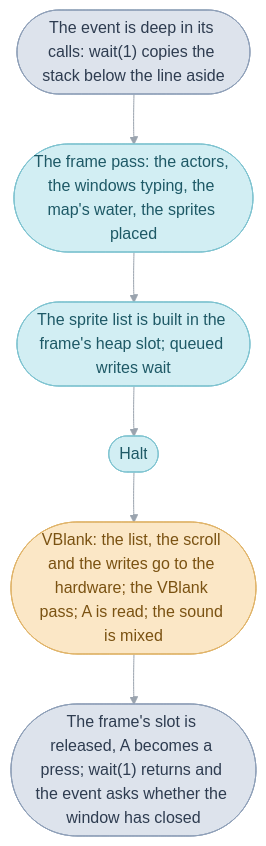
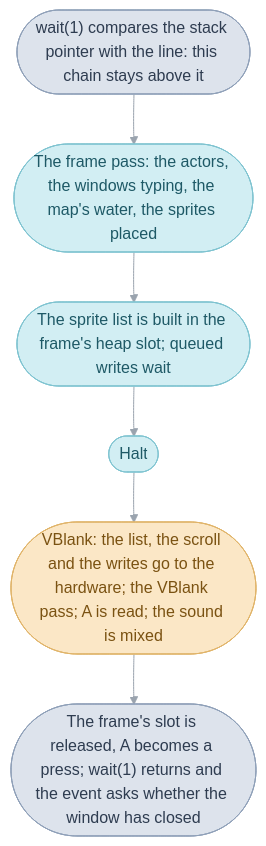
One commit to PascalPixel/alchemy changed the sixth of 6 diagrams in games/tbs/src/system/README.md. Above: the diagram before and after it, drawn with Mermaid. The commit also changed other lines of this file and 1 other file, not shown here.

````diff
--- a/games/tbs/src/system/README.md
+++ b/games/tbs/src/system/README.md
@@ -769,15 +775,15 @@
 ```mermaid
 %%{init: {"theme": "base", "themeVariables": {"lineColor": "#9AA3AE", "edgeLabelBackground": "#FFFFFF"}, "flowchart": {"curve": "basis", "padding": 12}}}%%
 flowchart TD
-  deep(["The event is deep in its calls: wait(1) copies the stack below the line aside"]) --> pass(["The frame pass: the actors, the windows typing, the map's water, the sprites placed"])
+  deep(["wait(1) compares the stack pointer with the line: this chain stays above it"]) --> pass(["The frame pass: the actors, the windows typing, the map's water, the sprites placed"])
   pass --> list(["The sprite list is built in the frame's heap slot; queued writes wait"])
   list --> halt(["Halt"])
   halt --> vblank(["VBlank: the list, the scroll and the writes go to the hardware; the VBlank pass; A is read; the sound is mixed"])
   vblank --> back(["The frame's slot is released, A becomes a press; wait(1) returns and the event asks whether the window has closed"])
   classDef code fill:#DDE3EC,stroke:#8FA0B8,color:#2E3C50
   classDef frame fill:#D2EEF3,stroke:#7FC3D0,color:#1E5966
   classDef hardware fill:#FBE7C6,stroke:#E0B46A,color:#7A5212
   class deep,back code
   class pass,list,halt frame
   class vblank hardware
 ```
````
